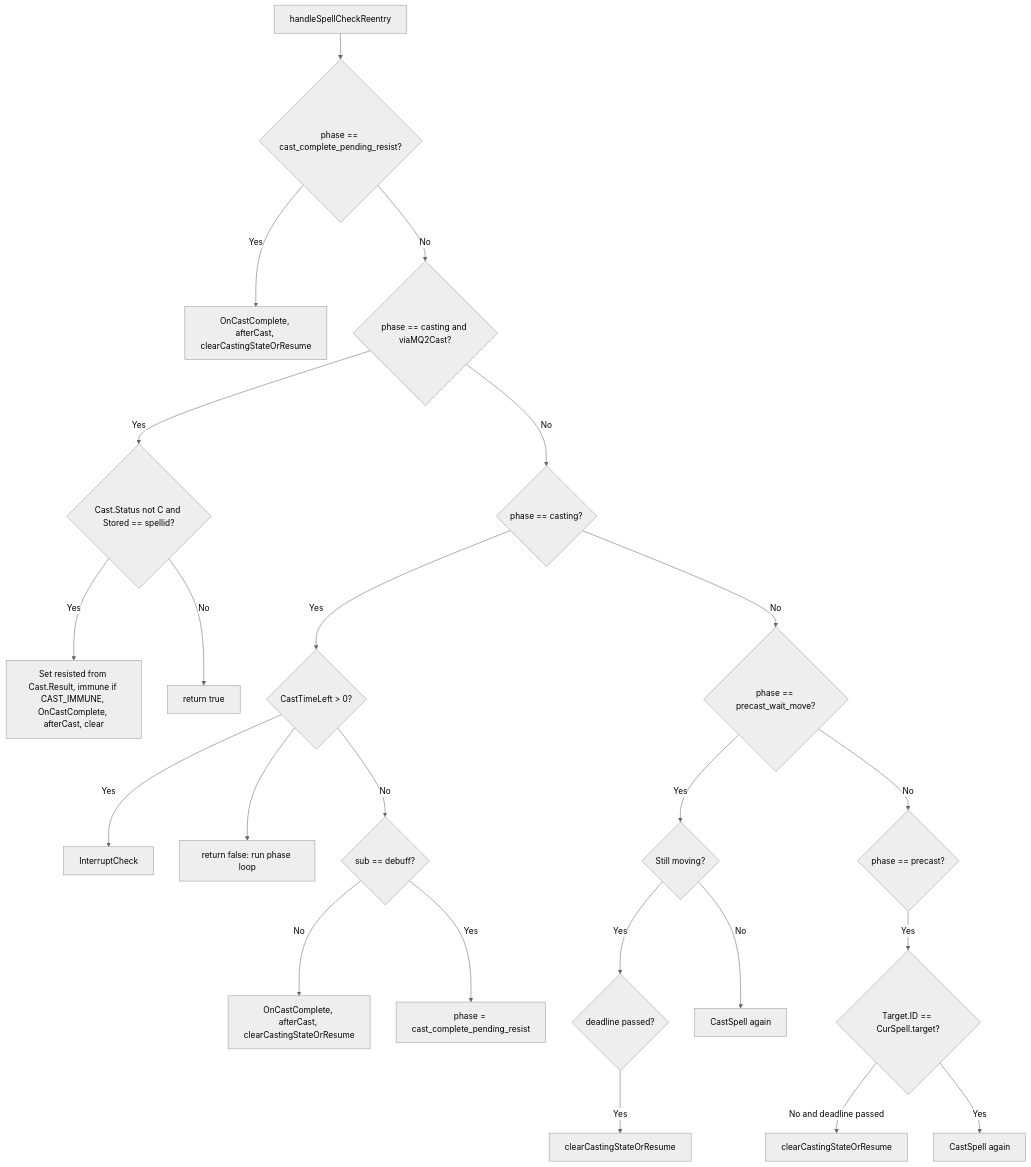
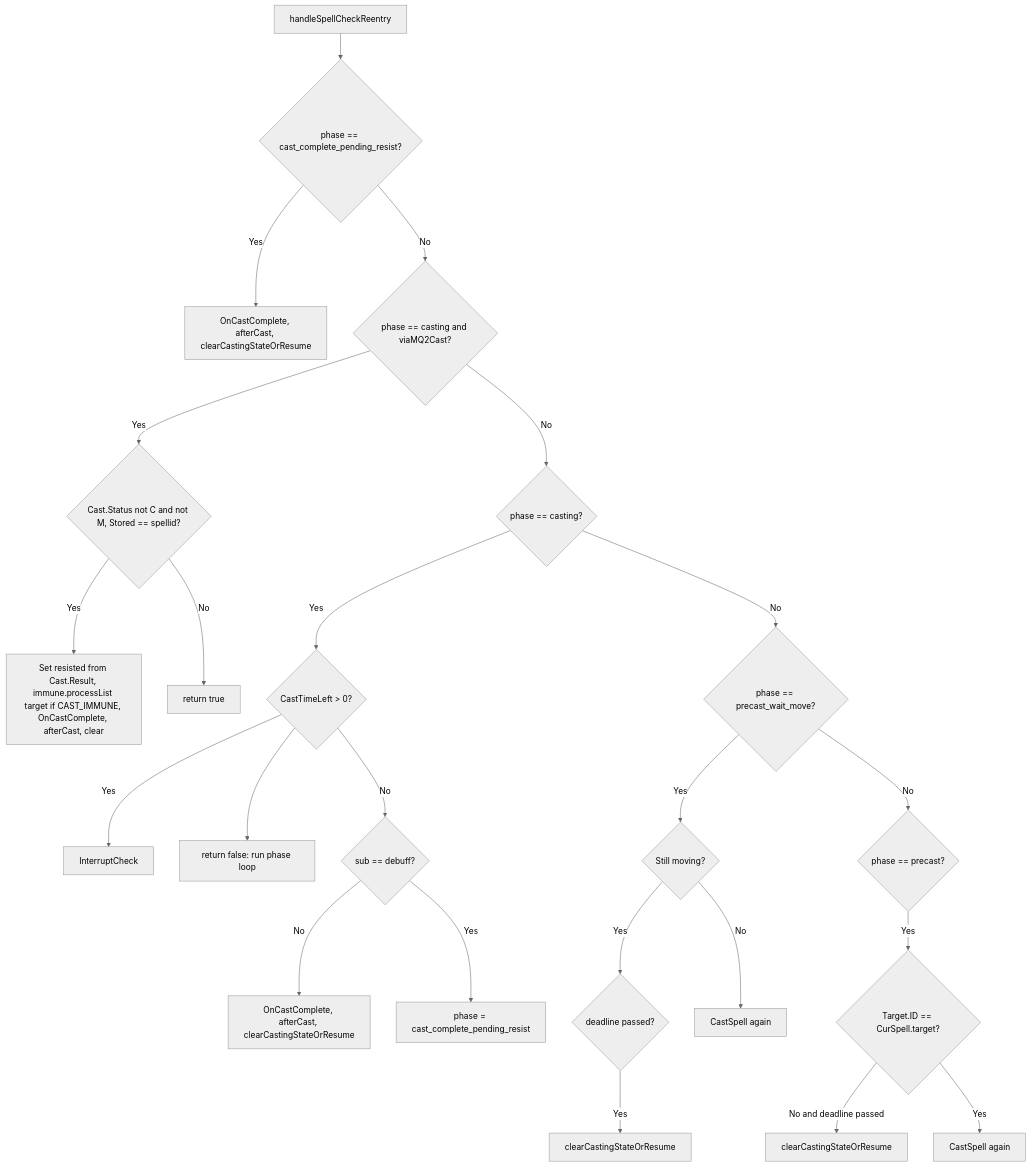
One commit to Cezero/czbot changed the third of 3 diagrams in docs/botlogic/spell-casting-flow.md. Above: the diagram before and after it, drawn with Mermaid (neutral theme). The commit also changed other lines of this file and 7 other files, not shown here.

````diff
--- a/docs/botlogic/spell-casting-flow.md
+++ b/docs/botlogic/spell-casting-flow.md
@@ -73,26 +72,26 @@
 ```mermaid
 flowchart TB
     Reentry[handleSpellCheckReentry] --> P1{phase == cast_complete_pending_resist?}
     P1 -->|Yes| OnCastResist[OnCastComplete, afterCast, clearCastingStateOrResume]
     P1 -->|No| P1b{phase == casting and viaMQ2Cast?}
-    P1b -->|Yes| MQ2Complete{Cast.Status not C and Stored == spellid?}
-    MQ2Complete -->|Yes| OnCastMQ2[Set resisted from Cast.Result, immune if CAST_IMMUNE, OnCastComplete, afterCast, clear]
+    P1b -->|Yes| MQ2Complete{Cast.Status not C and not M, Stored == spellid?}
+    MQ2Complete -->|Yes| OnCastMQ2[Set resisted from Cast.Result, immune.processList target if CAST_IMMUNE, OnCastComplete, afterCast, clear]
     MQ2Complete -->|No| WaitReentry[return true]
     P1b -->|No| P2{phase == casting?}
     P2 -->|Yes| Interrupt{CastTimeLeft > 0?}
     Interrupt -->|Yes| InterruptCheck[InterruptCheck]
     Interrupt --> No
     Interrupt -->|No| Done{sub == debuff?}
     Done -->|No| OnCast[OnCastComplete, afterCast, clearCastingStateOrResume]
     Done -->|Yes| PendingResist[phase = cast_complete_pending_resist]
     P2 -->|No| P3{phase == precast_wait_move?}
     P3 -->|Yes| WaitMove{Still moving?}
     WaitMove -->|Yes| DeadlineMove{deadline passed?}
     DeadlineMove -->|Yes| ClearMove[clearCastingStateOrResume]
     WaitMove -->|No| CastAgain[CastSpell again]
     P3 -->|No| P4{phase == precast?}
     P4 -->|Yes| TargetSet{Target.ID == CurSpell.target?}
     TargetSet -->|No and deadline passed| ClearPrecast[clearCastingStateOrResume]
     TargetSet -->|Yes| CastAgain2[CastSpell again]
     No[return false: run phase loop]
 ```
````
